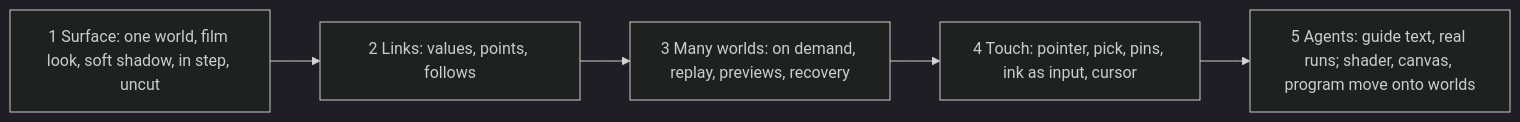
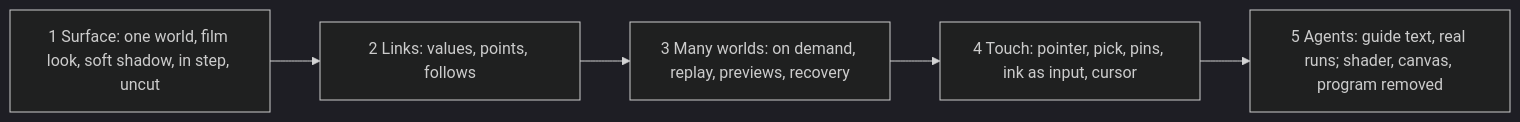
Before and after one commit to Nordup/askaboard: the sixth of 6 diagrams in docs/learning-space/one-world-architecture.md, drawn with Mermaid (dark theme). The commit also changed other lines of this file and 18 other files, not shown here.

````diff
--- a/docs/learning-space/one-world-architecture.md
+++ b/docs/learning-space/one-world-architecture.md
@@ -185,7 +189,7 @@
 ```mermaid
 flowchart LR
   S1["1 Surface: one world, film look, soft shadow, in step, uncut"] --> S2["2 Links: values, points, follows"]
   S2 --> S3["3 Many worlds: on demand, replay, previews, recovery"]
   S3 --> S4["4 Touch: pointer, pick, pins, ink as input, cursor"]
-  S4 --> S5["5 Agents: guide text, real runs; shader, canvas, program move onto worlds"]
+  S4 --> S5["5 Agents: guide text, real runs; shader, canvas, program removed"]
 ```
````
